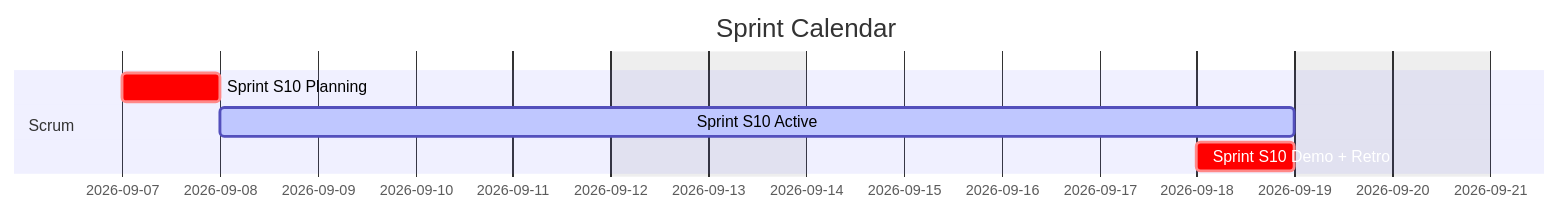
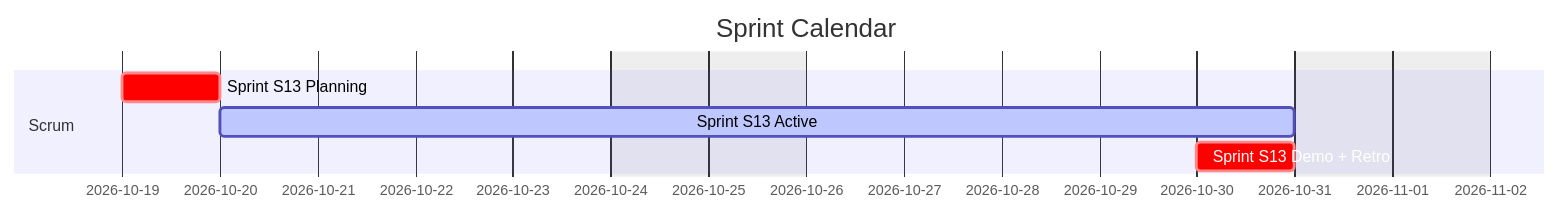
Before and after one commit to Katty-Fashion/kf-cpto: the first of 2 diagrams in docs/index.md, drawn with Mermaid. The commit also changed 36 other files, not shown here.

````diff
--- a/docs/index.md
+++ b/docs/index.md
@@ -61,11 +61,11 @@
 ```mermaid
 gantt
     title Sprint Calendar
     dateFormat YYYY-MM-DD
     excludes weekends
 
     section Scrum
-    Sprint S10 Planning        :crit, 2026-09-07, 1d
-    Sprint S10 Active          :active, 2026-09-08, 9d
-    Sprint S10 Demo + Retro    :crit, 2026-09-18, 1d
+    Sprint S13 Planning        :crit, 2026-10-19, 1d
+    Sprint S13 Active          :active, 2026-10-20, 9d
+    Sprint S13 Demo + Retro    :crit, 2026-10-30, 1d
 ```
````
